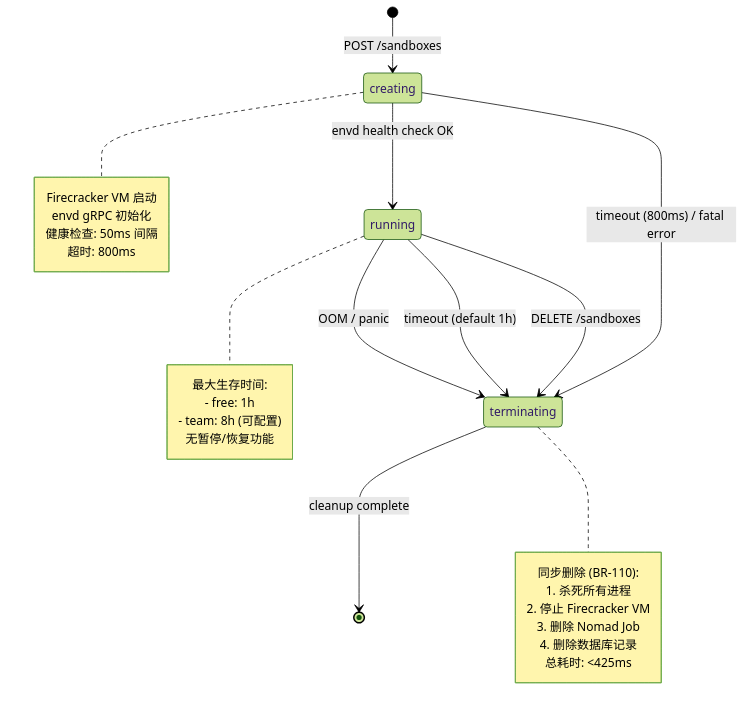
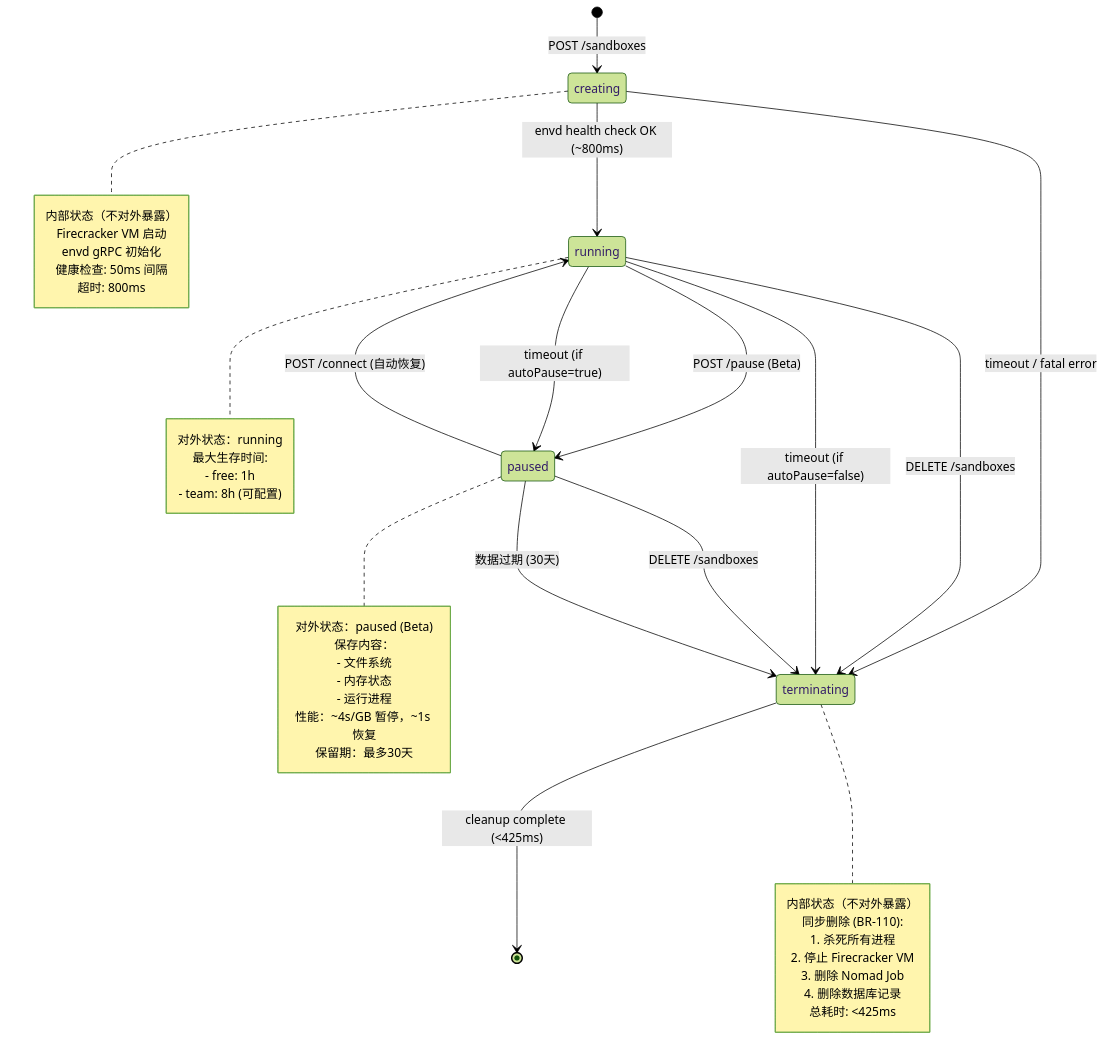
Before and after one commit to jackzhang1314/AdNegator: the first of 3 diagrams in docs/design/L4.2-state-diagram.md, drawn with Mermaid (forest theme). The commit also changed other lines of this file and 1 other file, not shown here.

Commit message:
docs: fix L4.2 & L4.6 - align SandboxState with E2B official spec
Fix SandboxState to match E2B official implementation:
- Change from 3 states (creating/running/terminating) to 2 public states (running/paused)
- Add pause/resume support documentation (Beta feature)
- Align with E2B OpenAPI spec and SDK implementation

Changes:
- L4.2: Update state diagram to include 'paused' state with transitions
- L4.6: Fix SandboxState enum to use 'running' | 'paused' only
- Note: Internal states (creating/terminating) not exposed to SDK/API

Based on E2B official sources:
- GitHub: e2b-dev/E2B/packages/js-sdk/src/sandbox/index.ts
- OpenAPI: spec/openapi.yml (POST /sandboxes/{id}/pause)

````diff
--- a/docs/design/L4.2-state-diagram.md
+++ b/docs/design/L4.2-state-diagram.md
@@ -40,35 +45,52 @@
 ```mermaid
 stateDiagram-v2
     [*] --> creating: POST /sandboxes
-    creating --> running: envd health check OK
-    creating --> terminating: timeout (800ms) / fatal error
+    creating --> running: envd health check OK (~800ms)
+    creating --> terminating: timeout / fatal error
 
+    running --> paused: POST /pause (Beta)
     running --> terminating: DELETE /sandboxes
-    running --> terminating: timeout (default 1h)
-    running --> terminating: OOM / panic
+    running --> terminating: timeout (if autoPause=false)
+    running --> paused: timeout (if autoPause=true)
 
-    terminating --> [*]: cleanup complete
+    paused --> running: POST /connect (自动恢复)
+    paused --> terminating: DELETE /sandboxes
+    paused --> terminating: 数据过期 (30天)
+
+    terminating --> [*]: cleanup complete (<425ms)
 
     note right of creating
+        内部状态（不对外暴露）
         Firecracker VM 启动
         envd gRPC 初始化
         健康检查: 50ms 间隔
         超时: 800ms
     end note
 
     note right of running
+        对外状态：running
         最大生存时间:
         - free: 1h
         - team: 8h (可配置)
-        无暂停/恢复功能
+    end note
+
+    note right of paused
+        对外状态：paused (Beta)
+        保存内容：
+        - 文件系统
+        - 内存状态
+        - 运行进程
+        性能：~4s/GB 暂停，~1s 恢复
+        保留期：最多30天
     end note
 
     note right of terminating
+        内部状态（不对外暴露）
         同步删除 (BR-110):
         1. 杀死所有进程
         2. 停止 Firecracker VM
         3. 删除 Nomad Job
         4. 删除数据库记录
         总耗时: <425ms
     end note
 ```
````
